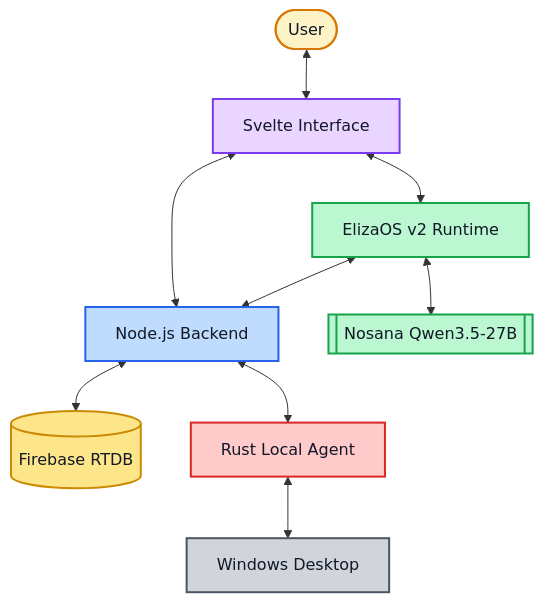
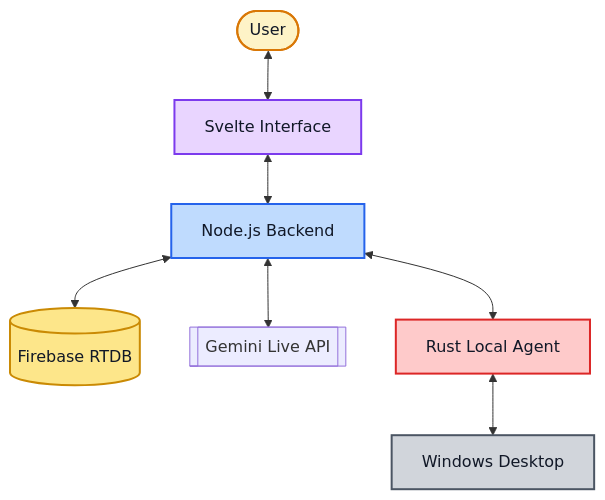
Before and after one commit to tobiawolaju/Noogler: the diagram in README.md, drawn with Mermaid. The commit also changed other lines of this file and 11 other files, not shown here.

First line of the commit message:
Revert "Replace Gemini reasoning with ElizaOS + Nosana runtime"

````diff
--- a/README.md
+++ b/README.md
@@ -51,27 +51,25 @@
 ```mermaid
 flowchart TD
     User([User]) <--> Frontend[Svelte Interface]
     Frontend <--> Backend[Node.js Backend]
     Backend <--> Firebase[(Firebase RTDB)]
-    Frontend <--> Eliza[ElizaOS v2 Runtime]
-    Eliza <--> Nosana[[Nosana Qwen3.5-27B]]
-    Eliza <--> Backend
+    Backend <--> Gemini[[Gemini Live API]]
     Backend <--> RustAgent[Rust Local Agent]
     RustAgent <--> Desktop[Windows Desktop]
 
     classDef user fill:#fef3c7,stroke:#d97706,stroke-width:2px,color:#111827;
     classDef ui fill:#e9d5ff,stroke:#7c3aed,stroke-width:2px,color:#111827;
     classDef backend fill:#bfdbfe,stroke:#2563eb,stroke-width:2px,color:#111827;
     classDef ai fill:#bbf7d0,stroke:#16a34a,stroke-width:2px,color:#111827;
     classDef db fill:#fde68a,stroke:#ca8a04,stroke-width:2px,color:#111827;
     classDef agent fill:#fecaca,stroke:#dc2626,stroke-width:2px,color:#111827;
     classDef desktop fill:#d1d5db,stroke:#4b5563,stroke-width:2px,color:#111827;
 
     class User user;
     class Frontend ui;
     class Backend backend;
     class Eliza,Nosana ai;
     class Firebase db;
     class RustAgent agent;
     class Desktop desktop;
 ```
````
